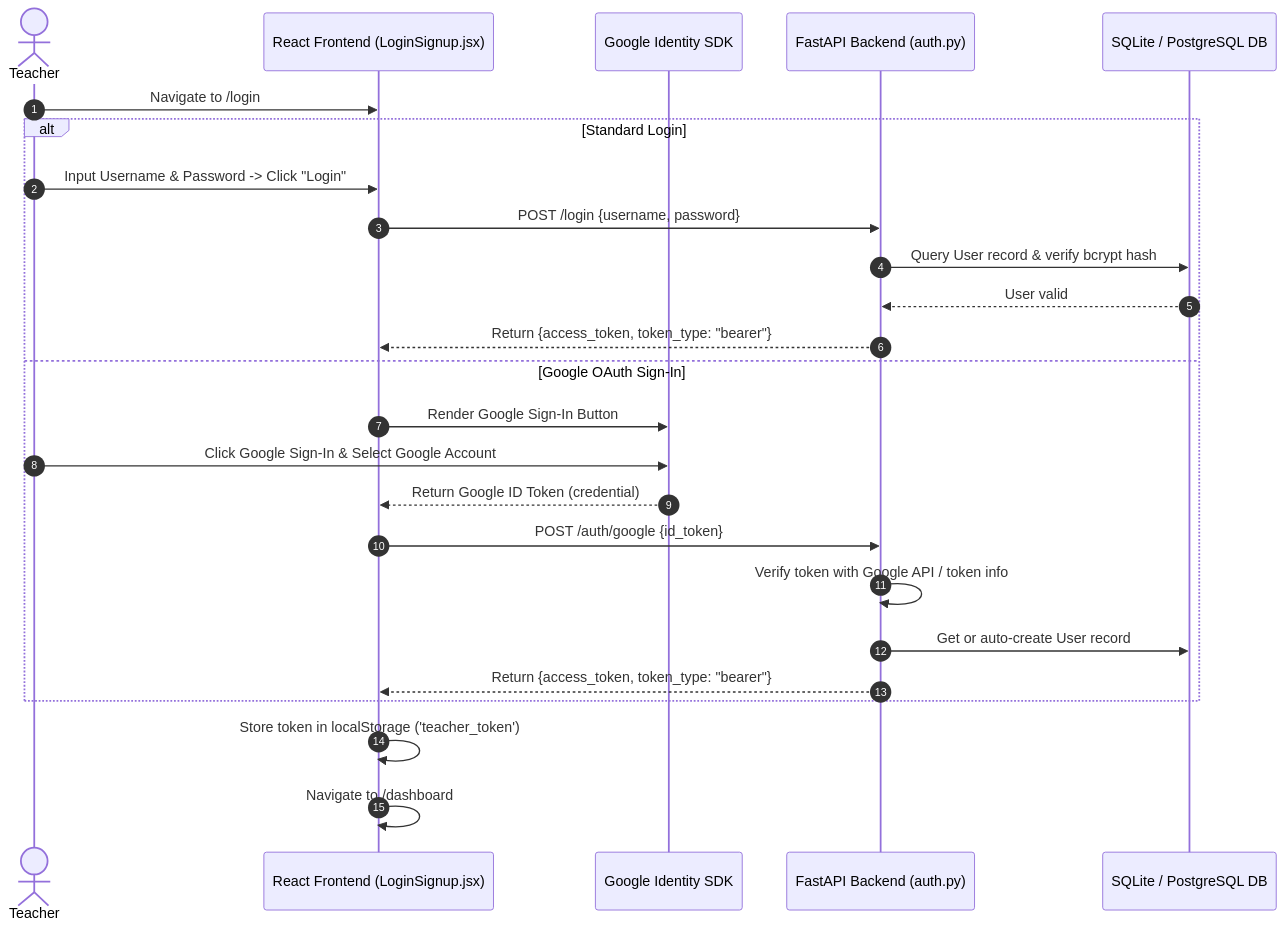
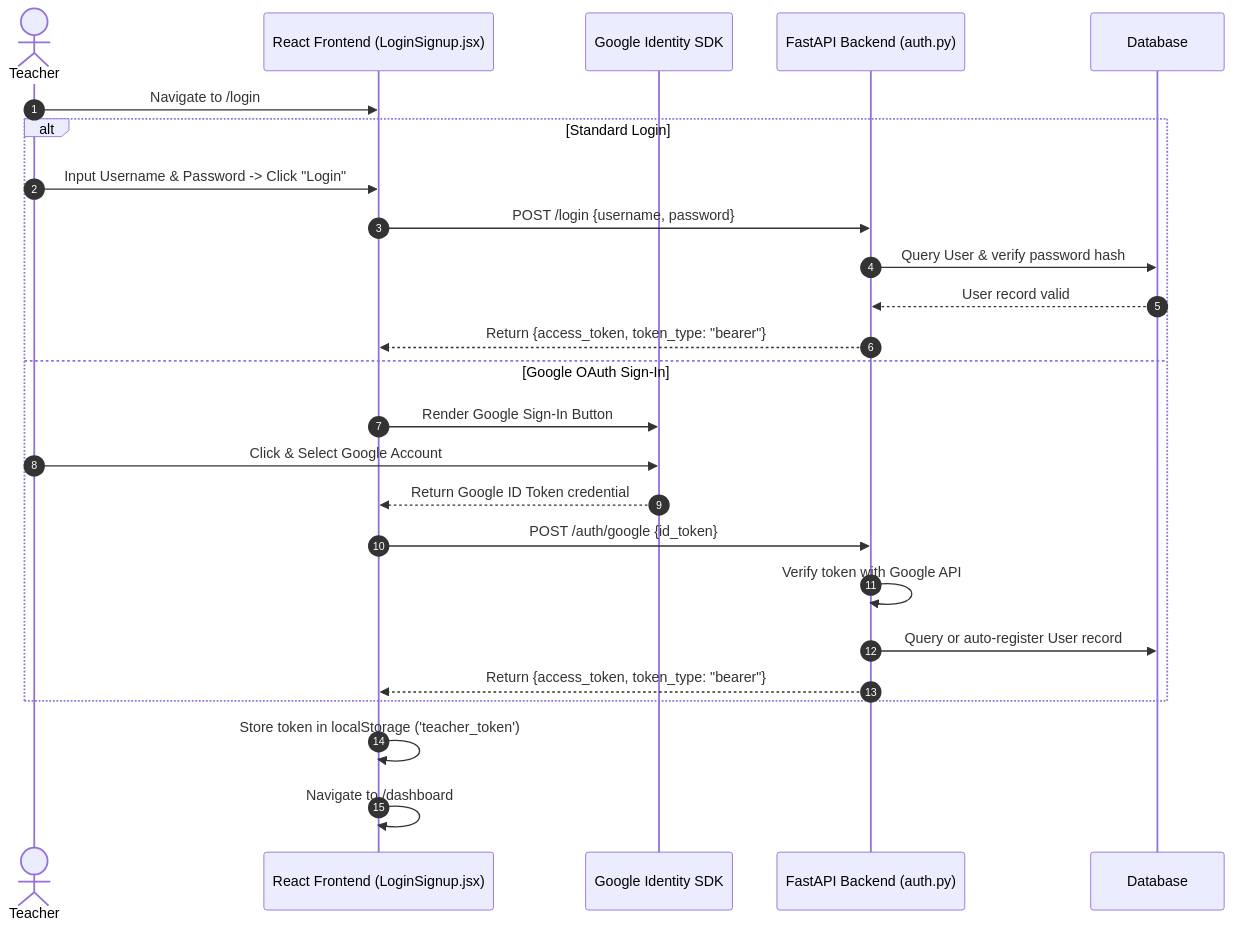
Before and after one commit to Arjunpurwar2005/qr-code-generator: the first of 4 diagrams in WIRE_FRAMES_AND_USER_FLOW.md, drawn with Mermaid. The commit also changed other lines of this file, not shown here.

Commit message:
Refactor WIRE_FRAMES_AND_USER_FLOW.md to follow 14-section UX specification format with strict separation of User and Technical flows

````diff
--- a/WIRE_FRAMES_AND_USER_FLOW.md
+++ b/WIRE_FRAMES_AND_USER_FLOW.md
@@ -434,28 +635,28 @@
 ```mermaid
 sequenceDiagram
     autonumber
     actor Teacher
     participant FE as React Frontend (LoginSignup.jsx)
     participant GIS as Google Identity SDK
     participant BE as FastAPI Backend (auth.py)
-    participant DB as SQLite / PostgreSQL DB
+    participant DB as Database
 
     Teacher->>FE: Navigate to /login
     alt Standard Login
         Teacher->>FE: Input Username & Password -> Click "Login"
         FE->>BE: POST /login {username, password}
-        BE->>DB: Query User record & verify bcrypt hash
-        DB-->>BE: User valid
+        BE->>DB: Query User & verify password hash
+        DB-->>BE: User record valid
         BE-->>FE: Return {access_token, token_type: "bearer"}
     else Google OAuth Sign-In
         FE->>GIS: Render Google Sign-In Button
-        Teacher->>GIS: Click Google Sign-In & Select Google Account
-        GIS-->>FE: Return Google ID Token (credential)
+        Teacher->>GIS: Click & Select Google Account
+        GIS-->>FE: Return Google ID Token credential
         FE->>BE: POST /auth/google {id_token}
-        BE->>BE: Verify token with Google API / token info
-        BE->>DB: Get or auto-create User record
+        BE->>BE: Verify token with Google API
+        BE->>DB: Query or auto-register User record
         BE-->>FE: Return {access_token, token_type: "bearer"}
     end
     FE->>FE: Store token in localStorage ('teacher_token')
     FE->>FE: Navigate to /dashboard
 ```
````
